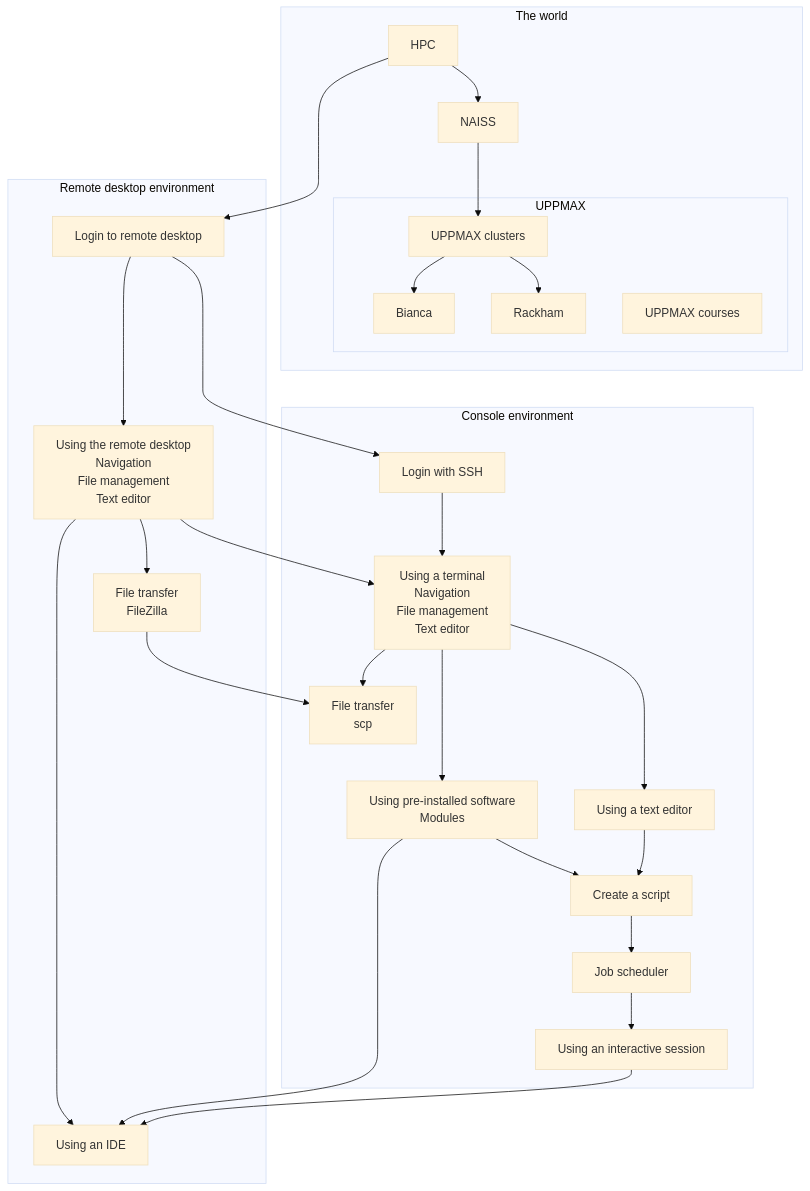
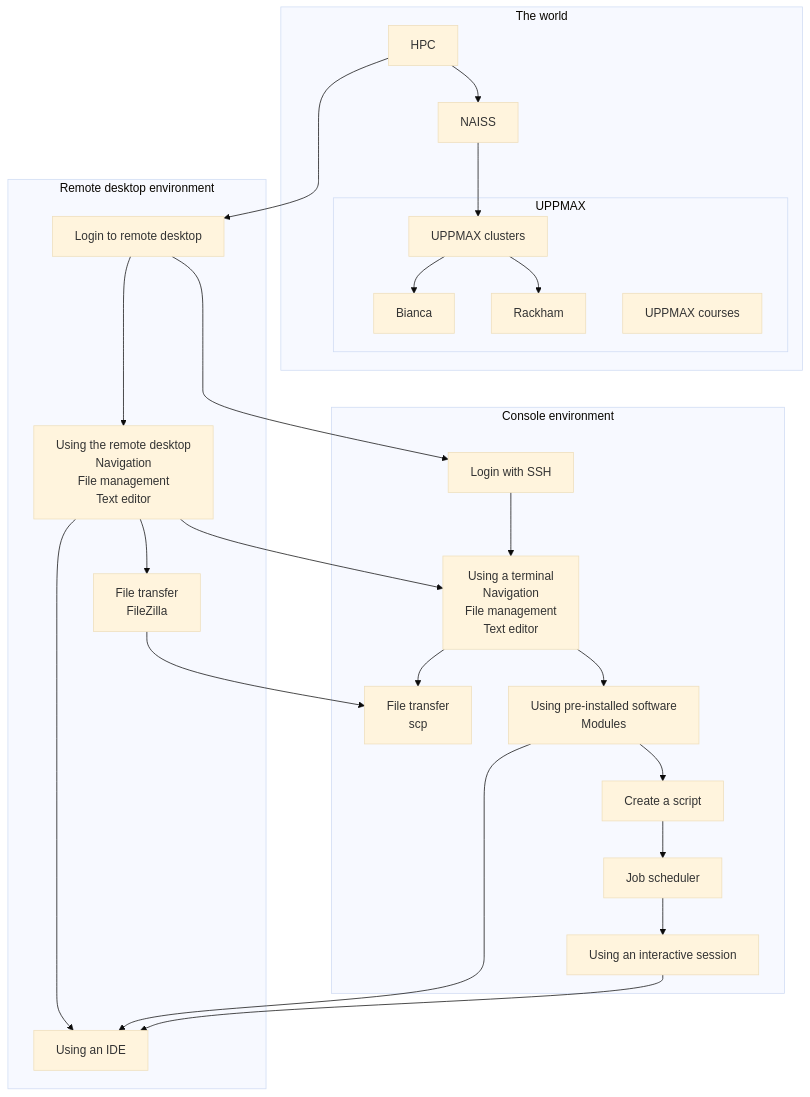
Before and after one commit to UPPMAX/uppmax_intro_day_1: the third of 3 diagrams in docs/overviews/uppmax_intro_day_1.md, drawn with Mermaid (base theme). The commit also changed other lines of this file and 2 other files, not shown here.

Commit message:
Text editor is part of other session

````diff
--- a/docs/overviews/uppmax_intro_day_1.md
+++ b/docs/overviews/uppmax_intro_day_1.md
@@ -143,62 +137,59 @@
 ```mermaid
 flowchart TD
   subgraph world[The world]
     hpc[HPC]
     naiss[NAISS]
   subgraph uppmax[UPPMAX]
       uppmax_clusters[UPPMAX clusters]
       bianca[Bianca]
       rackham[Rackham]
       uppmax_courses[UPPMAX courses]
     end
   end
   subgraph remote_desktop[Remote desktop environment]
     login_remote_desktop[Login to remote desktop]
     use_remote_desktop[Using the remote desktop\nNavigation\nFile management\nText editor]
     file_transfer_filezilla[File transfer\nFileZilla]
     use_ide[Using an IDE]
   end
   subgraph console[Console environment]
     login_ssh[Login with SSH]
     use_terminal[Using a terminal\nNavigation\nFile management\nText editor]
     scripts[Create a script]
     file_transfer_scp[File transfer\nscp]
     modules[Using pre-installed software\nModules]
     interactive[Using an interactive session]
     job_scheduler[Job scheduler]
-    text_editor[Using a text editor]
   end
 
   hpc ---> login_remote_desktop
 
   %% UPPMAX
   hpc --> naiss
   naiss --> uppmax_clusters
   uppmax_clusters --> bianca
   uppmax_clusters --> rackham
 
   %% GUI
   login_remote_desktop ---> use_remote_desktop
   use_remote_desktop --> file_transfer_filezilla
   use_remote_desktop --> use_ide
 
   %% Console
   login_ssh --> use_terminal
   use_terminal --> file_transfer_scp
   use_terminal --> modules
   scripts --> job_scheduler
   modules --> scripts
-  use_terminal ---> text_editor
   job_scheduler --> interactive
-  text_editor --> scripts
 
   %% console -> GUI
   modules --> use_ide
   
 
   %% GUI -> console
   login_remote_desktop --> login_ssh
   use_remote_desktop --> use_terminal
   file_transfer_filezilla --> file_transfer_scp  
   interactive --> use_ide
 ```
````
